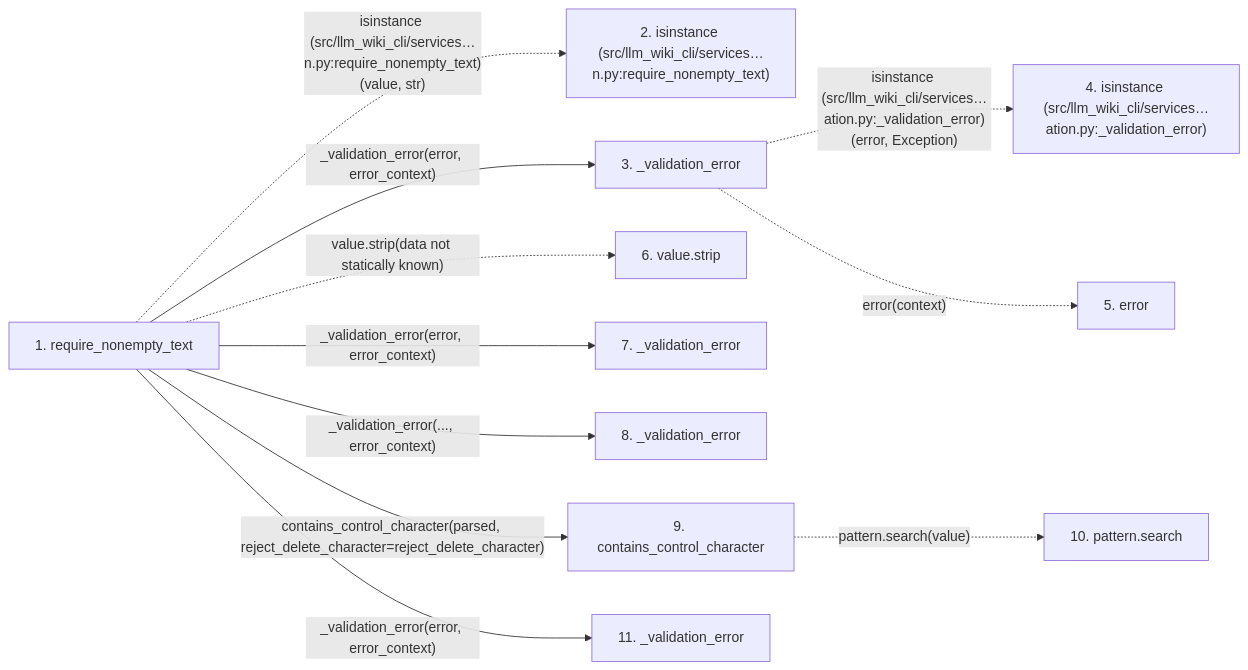
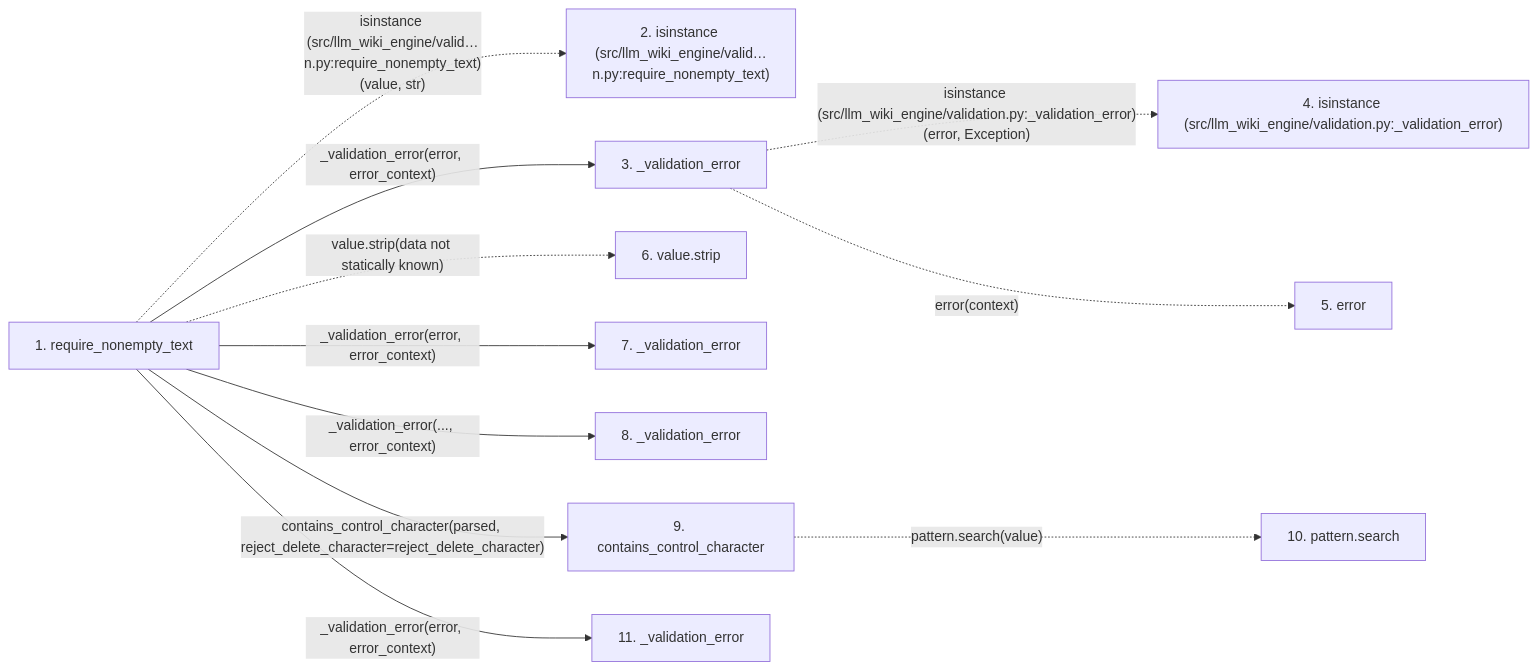
One commit to Denissvgn/python-wiki-llm changed the second of 2 diagrams in docs/llm_wiki/flows/api-require_nonempty_text.md. Above: the diagram before and after it, drawn with Mermaid. The commit also changed other lines of this file and 1103 other files, not shown here.

First line of the commit message:
docs: refresh the wiki for the llm-wiki-engine distribution

````diff
--- a/docs/llm_wiki/flows/api-require_nonempty_text.md
+++ b/docs/llm_wiki/flows/api-require_nonempty_text.md
@@ -51,30 +51,30 @@
 ```mermaid
 flowchart LR
     s1["1. require_nonempty_text"]
-    s2["2. isinstance (src/llm_wiki_cli/services…n.py:require_nonempty_text)"]
+    s2["2. isinstance (src/llm_wiki_engine/valid…n.py:require_nonempty_text)"]
     s3["3. _validation_error"]
-    s4["4. isinstance (src/llm_wiki_cli/services…ation.py:_validation_error)"]
+    s4["4. isinstance (src/llm_wiki_engine/validation.py:_validation_error)"]
     s5["5. error"]
     s6["6. value.strip"]
     s7["7. _validation_error"]
     s8["8. _validation_error"]
     s9["9. contains_control_character"]
     s10["10. pattern.search"]
     s11["11. _validation_error"]
-    s1 -. "isinstance (src/llm_wiki_cli/services…n.py:require_nonempty_text)(value, str)" .-> s2
+    s1 -. "isinstance (src/llm_wiki_engine/valid…n.py:require_nonempty_text)(value, str)" .-> s2
     s1 -->|"_validation_error(error, error_context)"| s3
-    s3 -. "isinstance (src/llm_wiki_cli/services…ation.py:_validation_error)(error, Exception)" .-> s4
+    s3 -. "isinstance (src/llm_wiki_engine/validation.py:_validation_error)(error, Exception)" .-> s4
     s3 -. "error(context)" .-> s5
     s1 -. "value.strip(data not statically known)" .-> s6
     s1 -->|"_validation_error(error, error_context)"| s7
     s1 -->|"_validation_error(..., error_context)"| s8
     s1 -->|"contains_control_character(parsed, reject_delete_character=reject_delete_character)"| s9
     s9 -. "pattern.search(value)" .-> s10
     s1 -->|"_validation_error(error, error_context)"| s11
     click s1 "../modules/validation.md"
     click s3 "../modules/validation.md"
     click s7 "../modules/validation.md"
     click s8 "../modules/validation.md"
     click s9 "../modules/validation.md"
     click s11 "../modules/validation.md"
 ```
````
